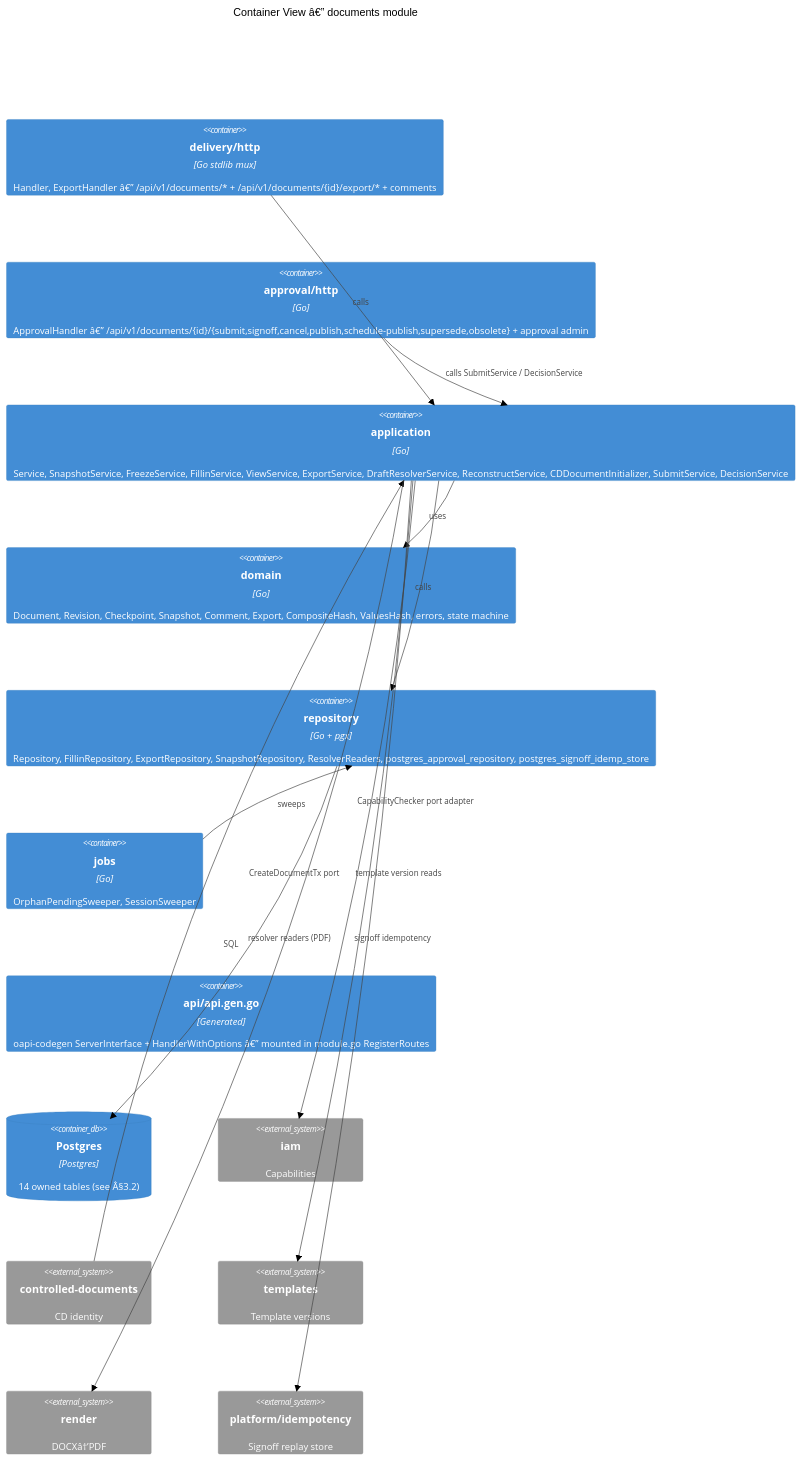
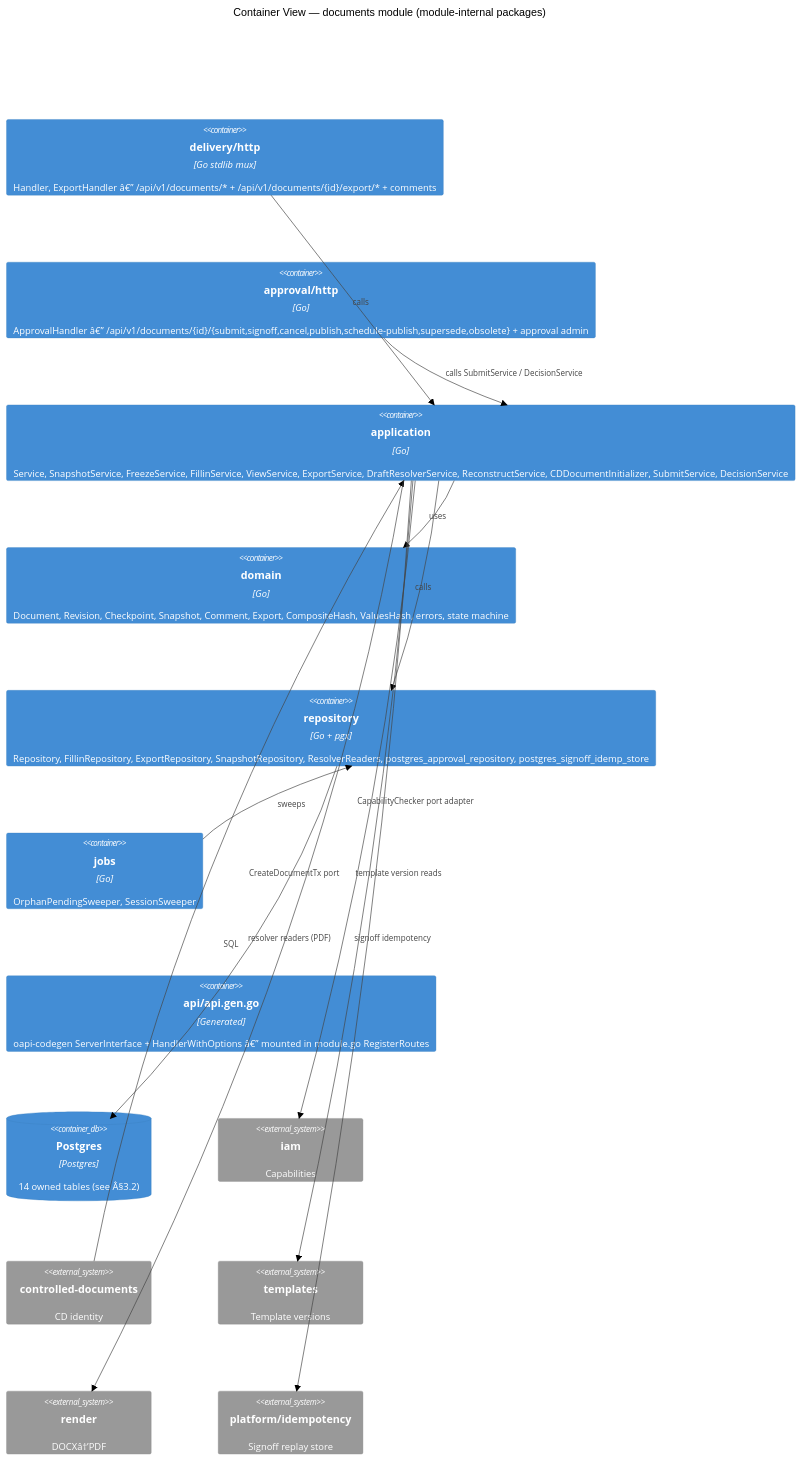
Before and after one commit to developmentconexus-ops/MetalDocs: the second of 5 diagrams in wiki/modules/documents.md, drawn with Mermaid (neutral theme). The commit also changed other lines of this file and 167 other files, not shown here.

````diff
--- a/wiki/modules/documents.md
+++ b/wiki/modules/documents.md
@@ -128,28 +132,28 @@
 ```mermaid
 C4Container
-    title Container View â€” documents module
+    title Container View — documents module (module-internal packages)
     Container(http, "delivery/http", "Go stdlib mux", "Handler, ExportHandler â€” /api/v1/documents/* + /api/v1/documents/{id}/export/* + comments")
     Container(approvalHttp, "approval/http", "Go", "ApprovalHandler â€” /api/v1/documents/{id}/{submit,signoff,cancel,publish,schedule-publish,supersede,obsolete} + approval admin")
     Container(app, "application", "Go", "Service, SnapshotService, FreezeService, FillinService, ViewService, ExportService, DraftResolverService, ReconstructService, CDDocumentInitializer, SubmitService, DecisionService")
     Container(domain, "domain", "Go", "Document, Revision, Checkpoint, Snapshot, Comment, Export, CompositeHash, ValuesHash, errors, state machine")
     Container(repo, "repository", "Go + pgx", "Repository, FillinRepository, ExportRepository, SnapshotRepository, ResolverReaders, postgres_approval_repository, postgres_signoff_idemp_store")
     Container(jobs, "jobs", "Go", "OrphanPendingSweeper, SessionSweeper")
     Container(api, "api/api.gen.go", "Generated", "oapi-codegen ServerInterface + HandlerWithOptions â€” mounted in module.go RegisterRoutes")
     ContainerDb(db, "Postgres", "Postgres", "14 owned tables (see Â§3.2)")
     System_Ext(iam, "iam", "Capabilities")
     System_Ext(controlledDocuments, "controlled-documents", "CD identity")
     System_Ext(templates, "templates", "Template versions")
     System_Ext(render, "render", "DOCXâ†’PDF")
     System_Ext(idemp, "platform/idempotency", "Signoff replay store")
     Rel(http, app, "calls")
     Rel(approvalHttp, app, "calls SubmitService / DecisionService")
     Rel(app, domain, "uses")
     Rel(app, repo, "calls")
     Rel(repo, db, "SQL")
     Rel(jobs, repo, "sweeps")
     Rel(app, iam, "CapabilityChecker port adapter")
     Rel(controlledDocuments, app, "CreateDocumentTx port")
     Rel(app, templates, "template version reads")
     Rel(app, render, "resolver readers (PDF)")
     Rel(app, idemp, "signoff idempotency")
 ```
````
